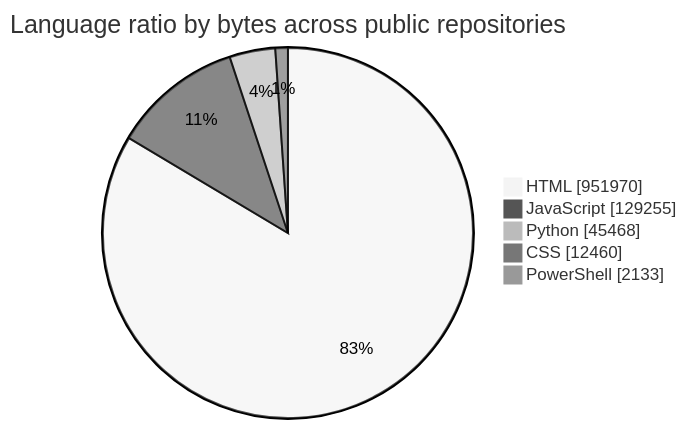
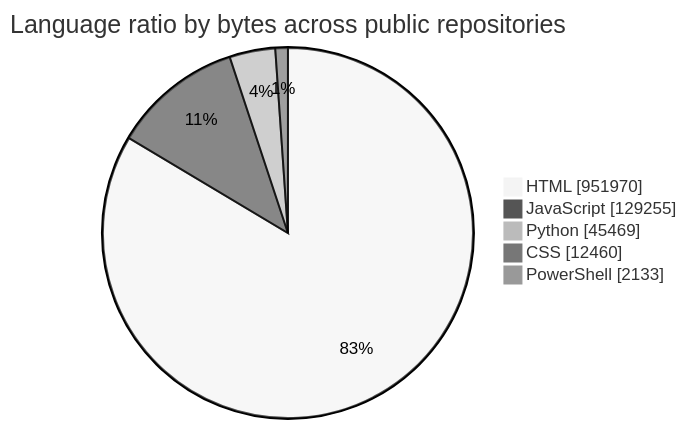
The diagram in README.md (tchinso/tchinso), drawn with Mermaid (neutral theme) before and after one commit. The commit also changed other lines of this file, not shown here.

````diff
--- a/README.md
+++ b/README.md
@@ -34,9 +34,9 @@
 ```mermaid
 pie showData
     title Language ratio by bytes across public repositories
     "HTML" : 951970
     "JavaScript" : 129255
-    "Python" : 45468
+    "Python" : 45469
     "CSS" : 12460
     "PowerShell" : 2133
 ```
````
